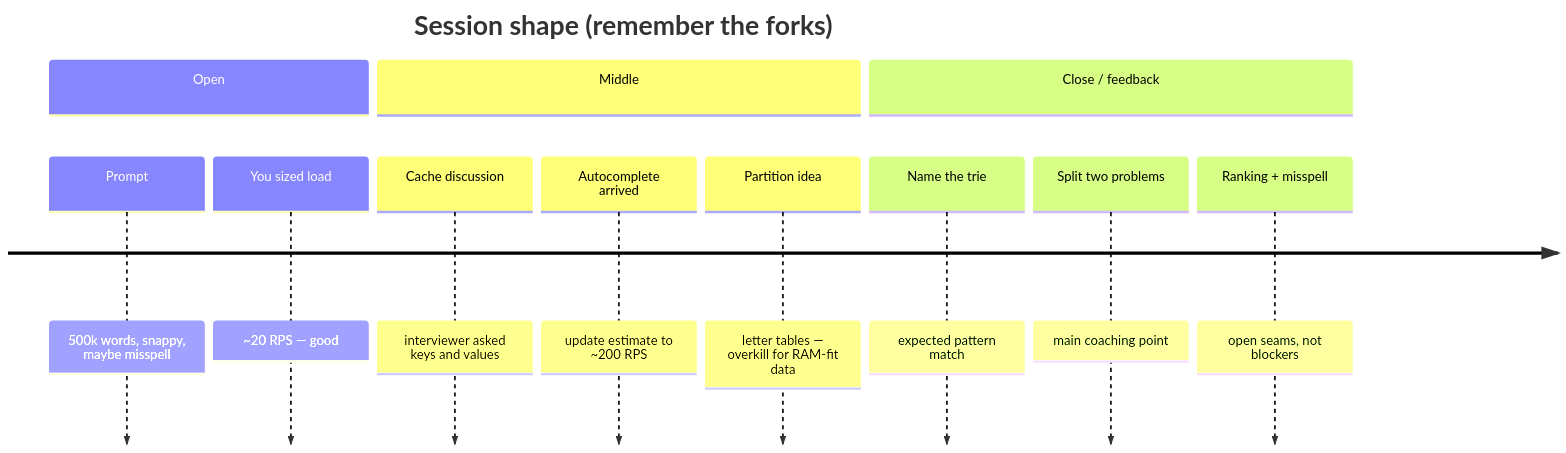
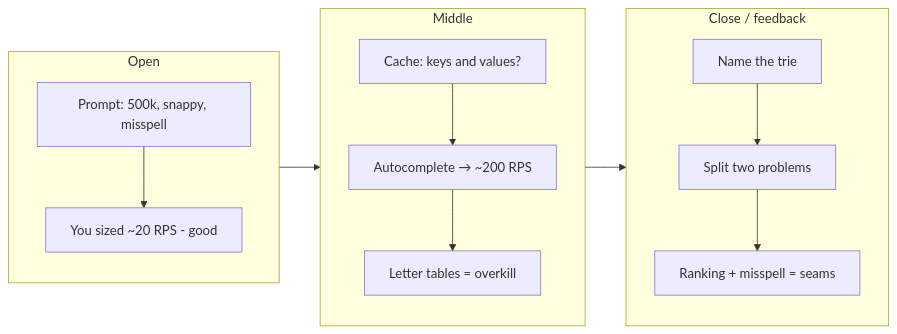
The fourth of 4 diagrams in docs/INTERVIEW_RETROSPECTIVE.md (Neander-Menezes/dictionary-search), drawn with Mermaid before and after one commit. The commit also changed other lines of this file, not shown here.

First line of the commit message:
docs: fix Mermaid diagrams for GitHub renderer

````diff
--- a/docs/INTERVIEW_RETROSPECTIVE.md
+++ b/docs/INTERVIEW_RETROSPECTIVE.md
@@ -91,15 +93,24 @@
 ```mermaid
-timeline
-  title Session shape (remember the forks)
-  section Open
-    Prompt : 500k words, snappy, maybe misspell
-    You sized load : ~20 RPS — good
-  section Middle
-    Cache discussion : interviewer asked keys and values
-    Autocomplete arrived : update estimate to ~200 RPS
-    Partition idea : letter tables — overkill for RAM-fit data
-  section Close / feedback
-    Name the trie : expected pattern match
-    Split two problems : main coaching point
-    Ranking + misspell : open seams, not blockers
+flowchart LR
+  subgraph open [Open]
+    O1["Prompt: 500k, snappy, misspell"]
+    O2["You sized ~20 RPS - good"]
+    O1 --> O2
+  end
+
+  subgraph middle [Middle]
+    M1["Cache: keys and values?"]
+    M2["Autocomplete → ~200 RPS"]
+    M3["Letter tables = overkill"]
+    M1 --> M2 --> M3
+  end
+
+  subgraph close [Close / feedback]
+    C1["Name the trie"]
+    C2["Split two problems"]
+    C3["Ranking + misspell = seams"]
+    C1 --> C2 --> C3
+  end
+
+  open --> middle --> close
 ```
````
